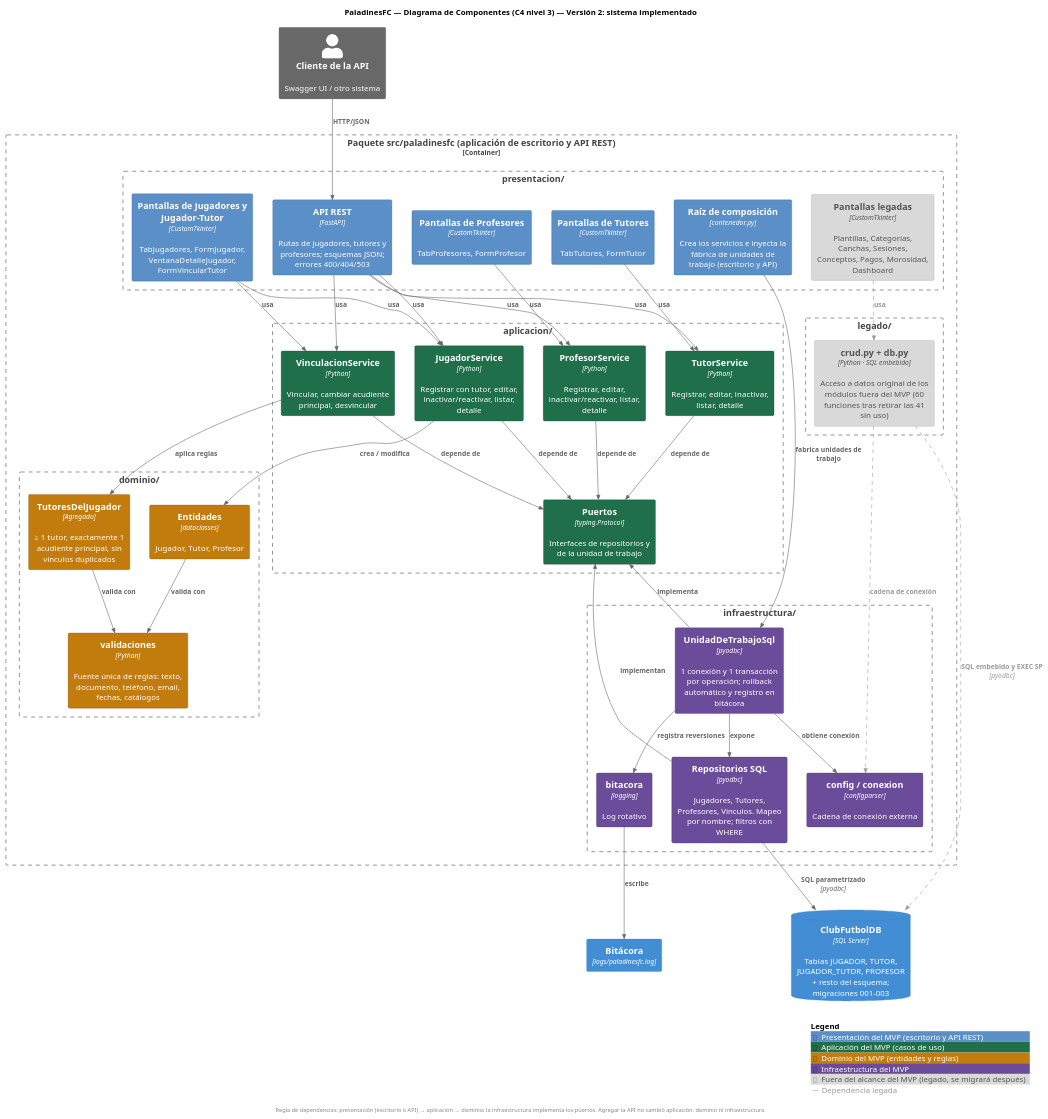
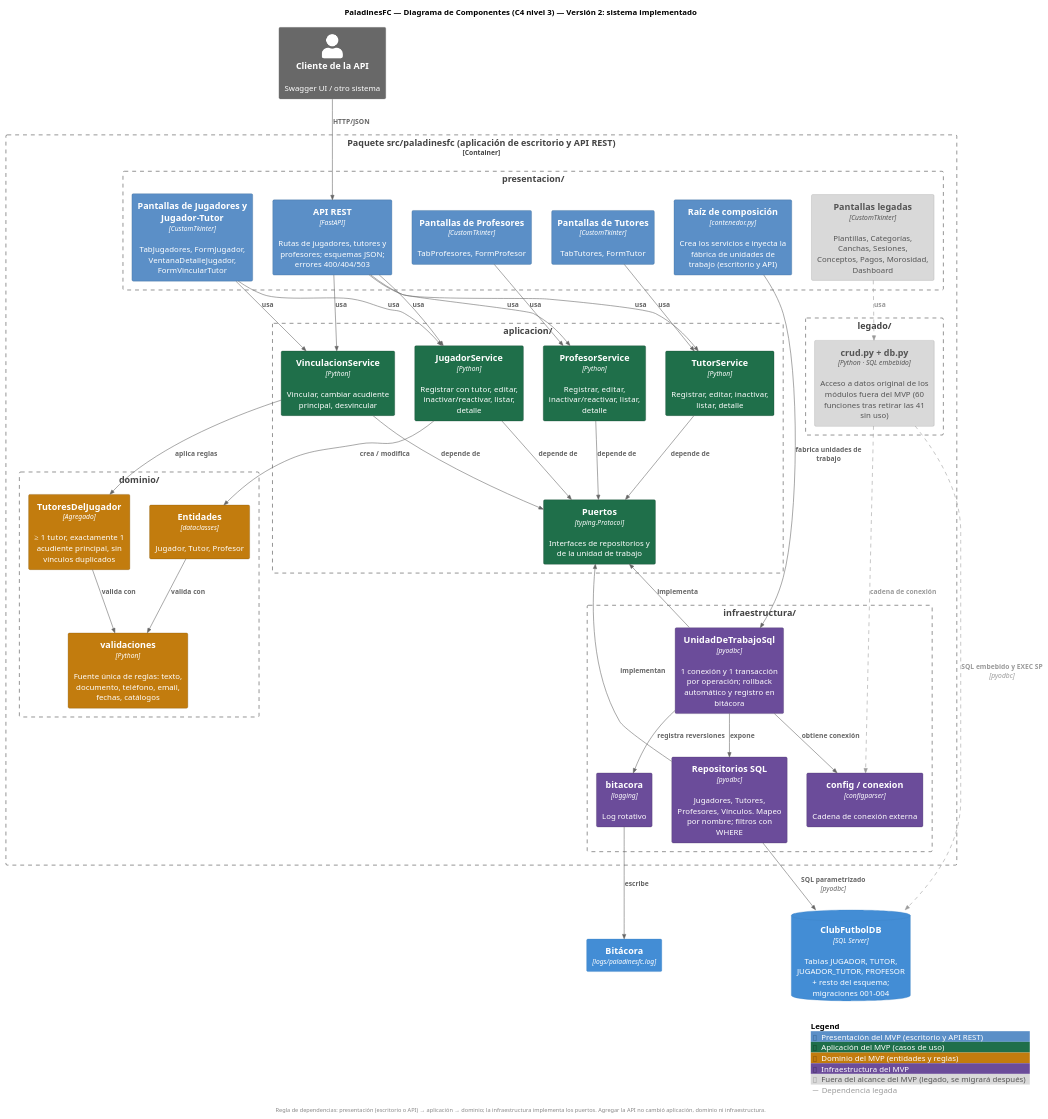
Before and after one commit to MarianaA27/ClubDeFutbol__: the diagram in docs/diagramas/fuentes/c4-3-componentes.puml, drawn with PlantUML. The commit also changed 11 other files, not shown here.

Commit message:
docs: diagramas, README y arquitectura con las migraciones 001-004 y el conteo real de pruebas

```diff
--- a/docs/diagramas/fuentes/c4-3-componentes.puml
+++ b/docs/diagramas/fuentes/c4-3-componentes.puml
@@ -1,89 +1,89 @@
 @startuml c4-3-componentes
 !include <C4/C4_Component>
 ' PaladinesFC — C4 Nivel 3: Componentes del paquete src/paladinesfc
 ' (versión 2: cómo quedó el sistema). Lo usan los contenedores "Aplicación de escritorio" y "API REST".
 
 LAYOUT_TOP_DOWN()
 SetDefaultLegendEntries("")
 AddElementTag("presentacion", $bgColor="#5b8fc7", $borderColor="#2f5f8a", $fontColor="#ffffff", $legendText="Presentación del MVP (escritorio y API REST)")
 AddElementTag("aplicacion", $bgColor="#1f6f4a", $borderColor="#0f3d28", $fontColor="#ffffff", $legendText="Aplicación del MVP (casos de uso)")
 AddElementTag("dominio", $bgColor="#c27c0e", $borderColor="#7a4d06", $fontColor="#ffffff", $legendText="Dominio del MVP (entidades y reglas)")
 AddElementTag("infra", $bgColor="#6b4c9a", $borderColor="#3f2c5c", $fontColor="#ffffff", $legendText="Infraestructura del MVP")
 AddElementTag("legado", $bgColor="#d9d9d9", $borderColor="#9a9a9a", $fontColor="#555555", $legendText="Fuera del alcance del MVP (legado, se migrará después)")
 AddRelTag("legado", $textColor="#9a9a9a", $lineColor="#9a9a9a", $lineStyle=DashedLine(), $legendText="Dependencia legada")
 
 title PaladinesFC — Diagrama de Componentes (C4 nivel 3) — Versión 2: sistema implementado
 
 Person_Ext(cliente, "Cliente de la API", "Swagger UI / otro sistema")
-ContainerDb(bd, "ClubFutbolDB", "SQL Server", "Tablas JUGADOR, TUTOR, JUGADOR_TUTOR, PROFESOR + resto del esquema; migraciones 001–003")
+ContainerDb(bd, "ClubFutbolDB", "SQL Server", "Tablas JUGADOR, TUTOR, JUGADOR_TUTOR, PROFESOR + resto del esquema; migraciones 001–004")
 Container(log, "Bitácora", "logs/paladinesfc.log")
 
 Container_Boundary(app, "Paquete src/paladinesfc (aplicación de escritorio y API REST)") {
 
     Boundary(capa_p, "presentacion/") {
         Component(ui_jug, "Pantallas de Jugadores y Jugador–Tutor", "CustomTkinter", "TabJugadores, FormJugador, VentanaDetalleJugador, FormVincularTutor", $tags="presentacion")
         Component(ui_tut, "Pantallas de Tutores", "CustomTkinter", "TabTutores, FormTutor", $tags="presentacion")
         Component(ui_prof, "Pantallas de Profesores", "CustomTkinter", "TabProfesores, FormProfesor", $tags="presentacion")
         Component(api, "API REST", "FastAPI", "Rutas de jugadores, tutores y profesores; esquemas JSON; errores 400/404/503", $tags="presentacion")
         Component(contenedor, "Raíz de composición", "contenedor.py", "Crea los servicios e inyecta la fábrica de unidades de trabajo (escritorio y API)", $tags="presentacion")
         Component(ui_leg, "Pantallas legadas", "CustomTkinter", "Plantillas, Categorías, Canchas, Sesiones, Conceptos, Pagos, Morosidad, Dashboard", $tags="legado")
     }
 
     Boundary(capa_a, "aplicacion/") {
         Component(s_jug, "JugadorService", "Python", "Registrar con tutor, editar, inactivar/reactivar, listar, detalle", $tags="aplicacion")
         Component(s_vin, "VinculacionService", "Python", "Vincular, cambiar acudiente principal, desvincular", $tags="aplicacion")
         Component(s_tut, "TutorService", "Python", "Registrar, editar, inactivar, listar, detalle", $tags="aplicacion")
         Component(s_prof, "ProfesorService", "Python", "Registrar, editar, inactivar/reactivar, listar, detalle", $tags="aplicacion")
         Component(puertos, "Puertos", "typing.Protocol", "Interfaces de repositorios y de la unidad de trabajo", $tags="aplicacion")
     }
 
     Boundary(capa_d, "dominio/") {
         Component(ent, "Entidades", "dataclasses", "Jugador, Tutor, Profesor", $tags="dominio")
         Component(agr, "TutoresDelJugador", "Agregado", "≥1 tutor, exactamente 1 acudiente principal, sin vínculos duplicados", $tags="dominio")
         Component(val, "validaciones", "Python", "Fuente única de reglas: texto, documento, teléfono, email, fechas, catálogos", $tags="dominio")
     }
 
     Boundary(capa_i, "infraestructura/") {
         Component(uow, "UnidadDeTrabajoSql", "pyodbc", "1 conexión y 1 transacción por operación; rollback automático y registro en bitácora", $tags="infra")
         Component(repos, "Repositorios SQL", "pyodbc", "Jugadores, Tutores, Profesores, Vínculos. Mapeo por nombre; filtros con WHERE", $tags="infra")
         Component(cfg, "config / conexion", "configparser", "Cadena de conexión externa", $tags="infra")
         Component(bit, "bitacora", "logging", "Log rotativo", $tags="infra")
     }
 
     Boundary(capa_l, "legado/") {
         Component(crud, "crud.py + db.py", "Python · SQL embebido", "Acceso a datos original de los módulos fuera del MVP (60 funciones tras retirar las 41 sin uso)", $tags="legado")
     }
 }
 
 Rel(ui_jug, s_jug, "usa")
 Rel(ui_jug, s_vin, "usa")
 Rel(ui_tut, s_tut, "usa")
 Rel(ui_prof, s_prof, "usa")
 Rel(cliente, api, "HTTP/JSON")
 Rel(api, s_jug, "usa")
 Rel(api, s_vin, "usa")
 Rel(api, s_tut, "usa")
 Rel(api, s_prof, "usa")
 Rel(contenedor, uow, "fabrica unidades de trabajo")
 Rel(s_jug, puertos, "depende de")
 Rel(s_vin, puertos, "depende de")
 Rel(s_tut, puertos, "depende de")
 Rel(s_prof, puertos, "depende de")
 Rel(s_jug, ent, "crea / modifica")
 Rel(s_vin, agr, "aplica reglas")
 Rel(ent, val, "valida con")
 Rel(agr, val, "valida con")
 Rel_U(uow, puertos, "implementa")
 Rel_U(repos, puertos, "implementan")
 Rel(uow, repos, "expone")
 Rel(uow, cfg, "obtiene conexión")
 Rel(uow, bit, "registra reversiones")
 Rel(bit, log, "escribe")
 Rel(repos, bd, "SQL parametrizado", "pyodbc")
 Rel(ui_leg, crud, "usa", $tags="legado")
 Rel(crud, cfg, "cadena de conexión", $tags="legado")
 Rel(crud, bd, "SQL embebido y EXEC SP", "pyodbc", $tags="legado")
 
 SHOW_LEGEND()
 footer Regla de dependencias: presentación (escritorio o API) → aplicación → dominio; la infraestructura implementa los puertos. Agregar la API no cambió aplicación, dominio ni infraestructura.
 @enduml
```
